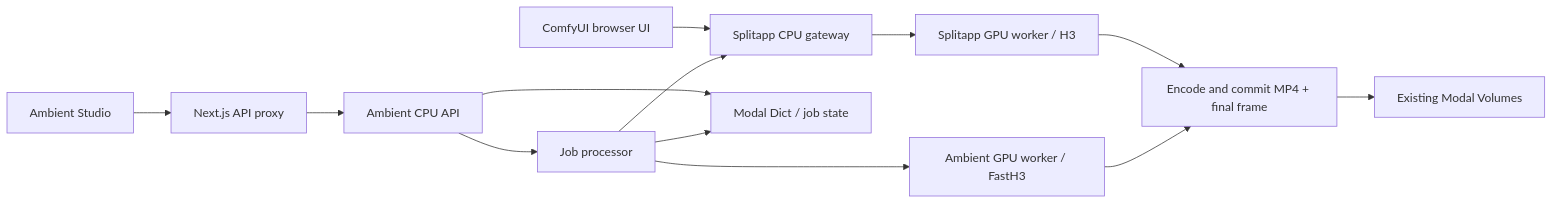
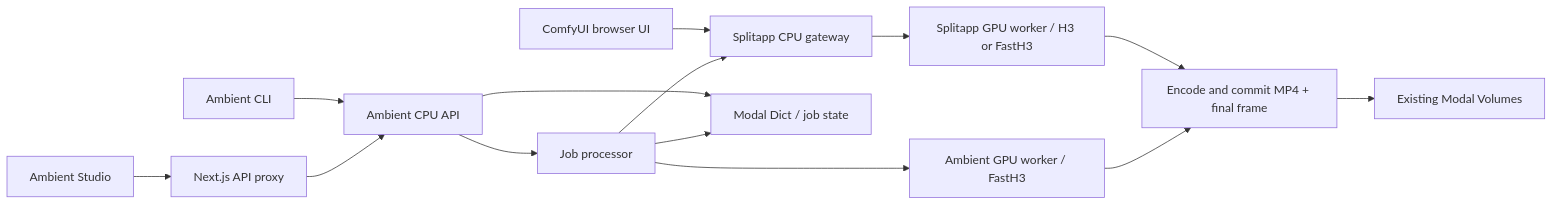
The diagram in docs/ambient.md (hndrr/modal-comfyui-deploy), drawn with Mermaid before and after one commit. The commit also changed other lines of this file and 29 other files, not shown here.

Commit message:
feat: add ComfyUI FastH3 backend and Ambient CLI

````diff
--- a/docs/ambient.md
+++ b/docs/ambient.md
@@ -11,15 +11,16 @@
 ```mermaid
 flowchart LR
+    CLI[Ambient CLI] --> API
     Studio[Ambient Studio] --> Proxy[Next.js API proxy]
     Proxy --> API[Ambient CPU API]
     API --> Processor[Job processor]
     ComfyUI[ComfyUI browser UI] --> Gateway[Splitapp CPU gateway]
     Processor --> Gateway
-    Gateway --> H3[Splitapp GPU worker / H3]
+    Gateway --> H3[Splitapp GPU worker / H3 or FastH3]
     Processor --> Fast[Ambient GPU worker / FastH3]
     H3 --> Storage[Encode and commit MP4 + final frame]
     Fast --> Storage
     Storage --> Volumes[Existing Modal Volumes]
     API --> Dict[Modal Dict / job state]
     Processor --> Dict
 ```
````
